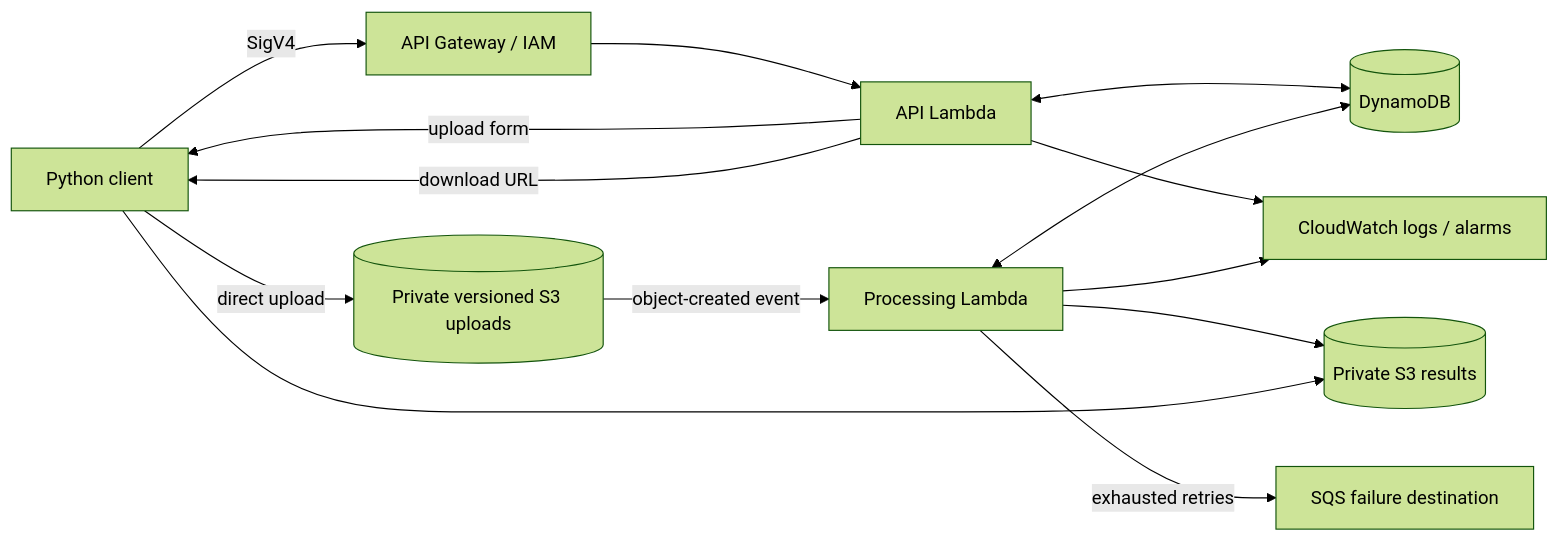
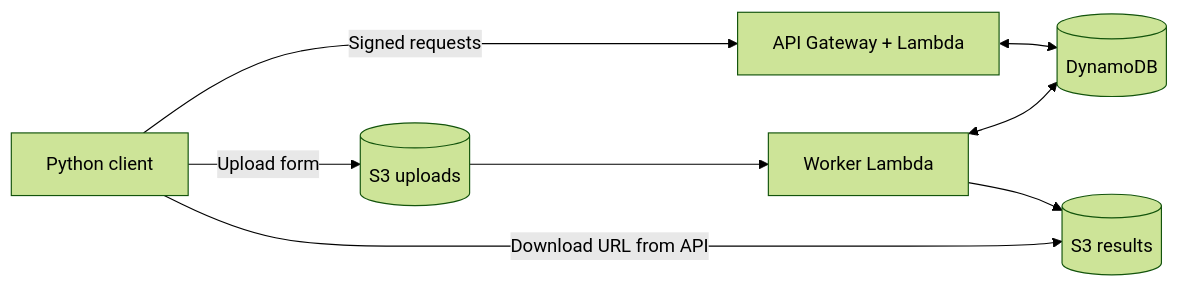
The diagram in README.md (Ali-Erturk/serverless-data-api), drawn with Mermaid (forest theme) before and after one commit. The commit also changed other lines of this file, not shown here.

````diff
--- a/README.md
+++ b/README.md
@@ -22,16 +15,10 @@
 ```mermaid
 flowchart LR
-    C[Python client] -->|SigV4| G[API Gateway / IAM]
-    G --> A[API Lambda]
+    C[Python client] -->|Signed requests| A[API Gateway + Lambda]
     A <--> D[(DynamoDB)]
-    A -->|upload form| C
-    C -->|direct upload| U[(Private versioned S3 uploads)]
-    U -->|object-created event| W[Processing Lambda]
+    C -->|Upload form| U[(S3 uploads)]
+    U --> W[Worker Lambda]
     W <--> D
-    W --> R[(Private S3 results)]
-    A -->|download URL| C
-    C --> R
-    W -->|exhausted retries| Q[SQS failure destination]
-    A --> L[CloudWatch logs / alarms]
-    W --> L
+    W --> R[(S3 results)]
+    C -->|Download URL from API| R
 ```
````
